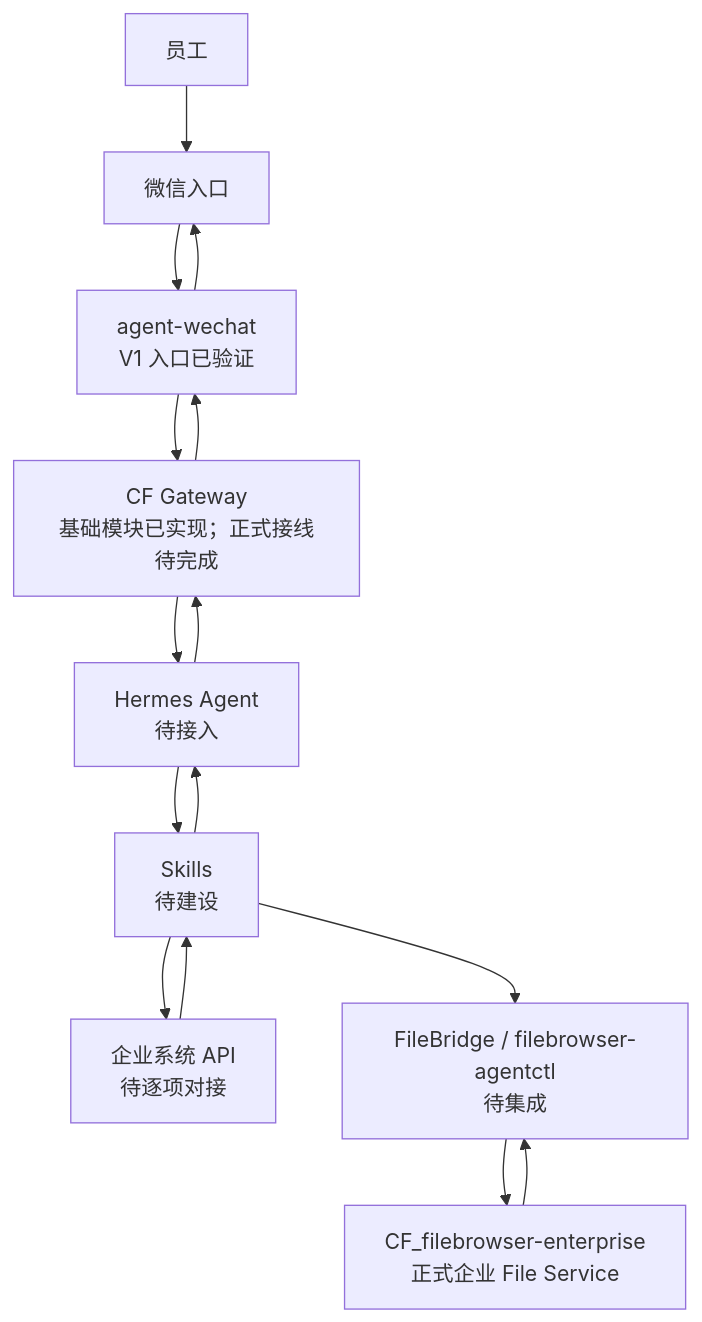
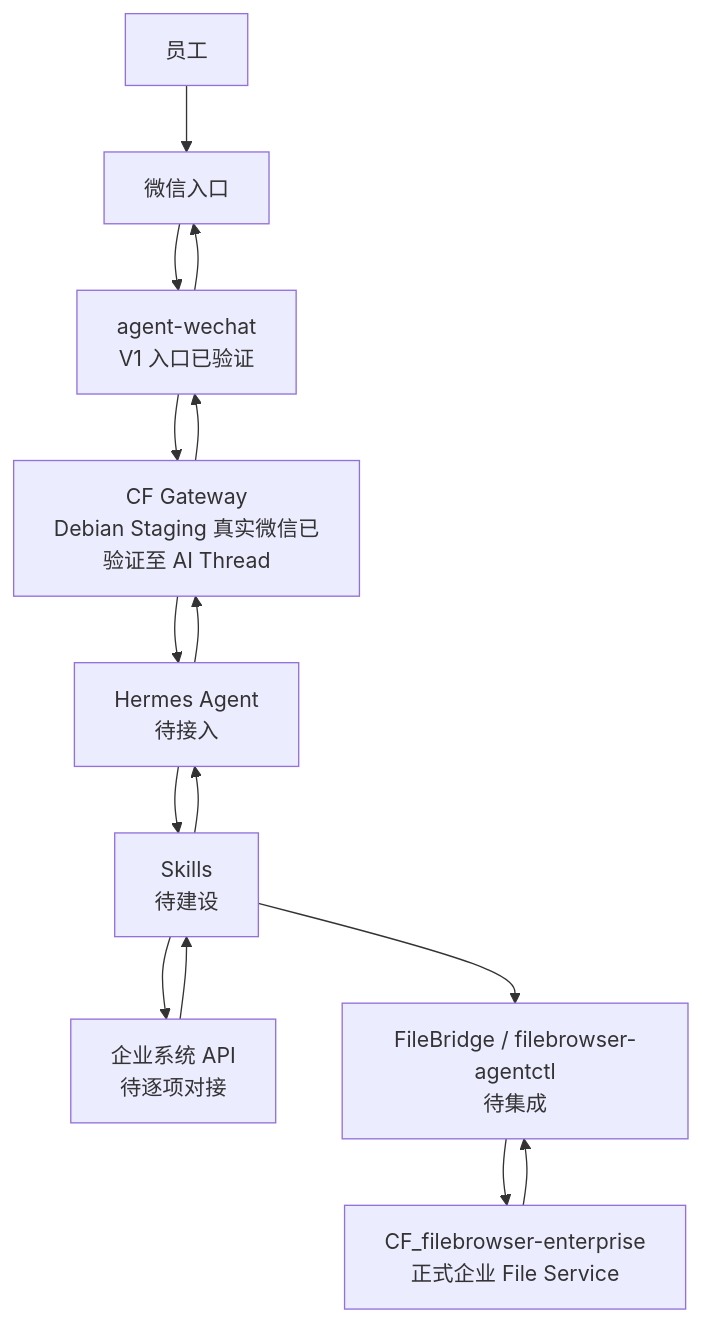
The first of 2 diagrams in architecture/ai-system-overview.md (Tangbohu09527/CF_ecommerce-automation-docs), drawn with Mermaid before and after one commit. The commit also changed other lines of this file and 19 other files, not shown here.

Commit message:
docs: record gateway staging wechat validation

````diff
--- a/architecture/ai-system-overview.md
+++ b/architecture/ai-system-overview.md
@@ -19,13 +19,13 @@
 ```mermaid
 flowchart TB
     E["员工"] --> W["微信入口"]
     W --> A["agent-wechat<br/>V1 入口已验证"]
-    A --> G["CF Gateway<br/>基础模块已实现；正式接线待完成"]
+    A --> G["CF Gateway<br/>Debian Staging 真实微信已验证至 AI Thread"]
     G --> H["Hermes Agent<br/>待接入"]
     H --> S["Skills<br/>待建设"]
     S --> B["企业系统 API<br/>待逐项对接"]
     S --> C["FileBridge / filebrowser-agentctl<br/>待集成"]
     C --> F["CF_filebrowser-enterprise<br/>正式企业 File Service"]
     B --> S --> H --> G --> A --> W
     F --> C
 ```
````
